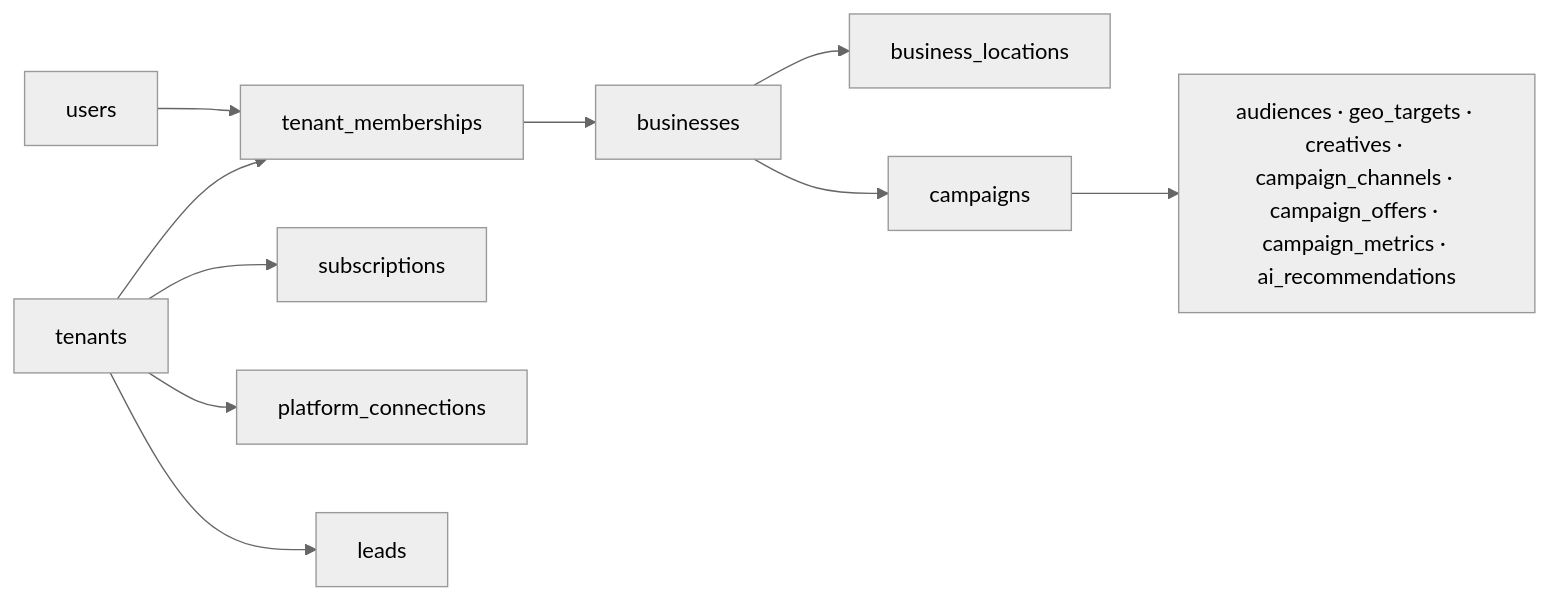
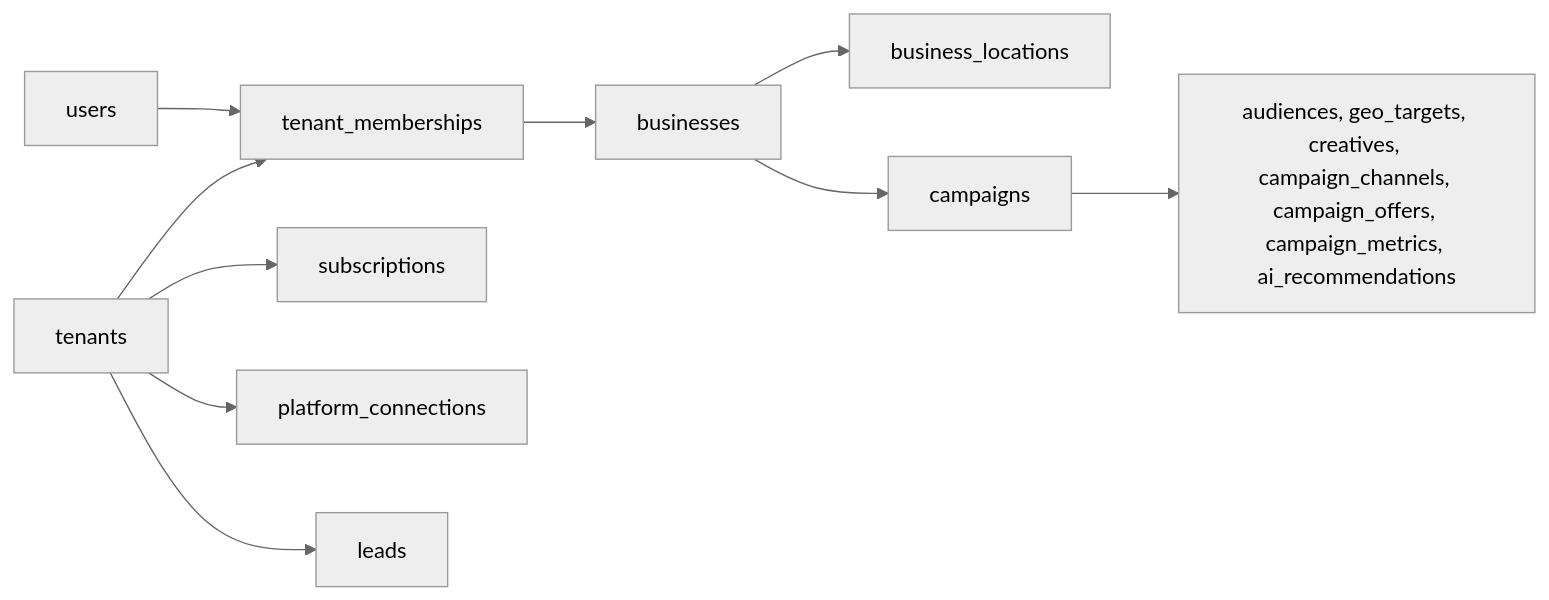
The seventh of 7 diagrams in docs/02-architecture/diagrams/database-erd.md (fixna-in/fixna-localboost), drawn with Mermaid (neutral theme) before and after one commit. The commit also changed other lines of this file, not shown here.

````diff
--- a/docs/02-architecture/diagrams/database-erd.md
+++ b/docs/02-architecture/diagrams/database-erd.md
@@ -353,12 +389,12 @@
 ```mermaid
 flowchart LR
     tenant[tenants] --> membership[tenant_memberships]
     user[users] --> membership
     membership --> business[businesses]
     business --> location[business_locations]
     business --> campaign[campaigns]
-    campaign --> child["audiences · geo_targets · creatives · campaign_channels · campaign_offers · campaign_metrics · ai_recommendations"]
+    campaign --> child["audiences, geo_targets, creatives, campaign_channels, campaign_offers, campaign_metrics, ai_recommendations"]
     tenant --> subscription[subscriptions]
     tenant --> platform[platform_connections]
     tenant --> lead[leads]
 ```
````
